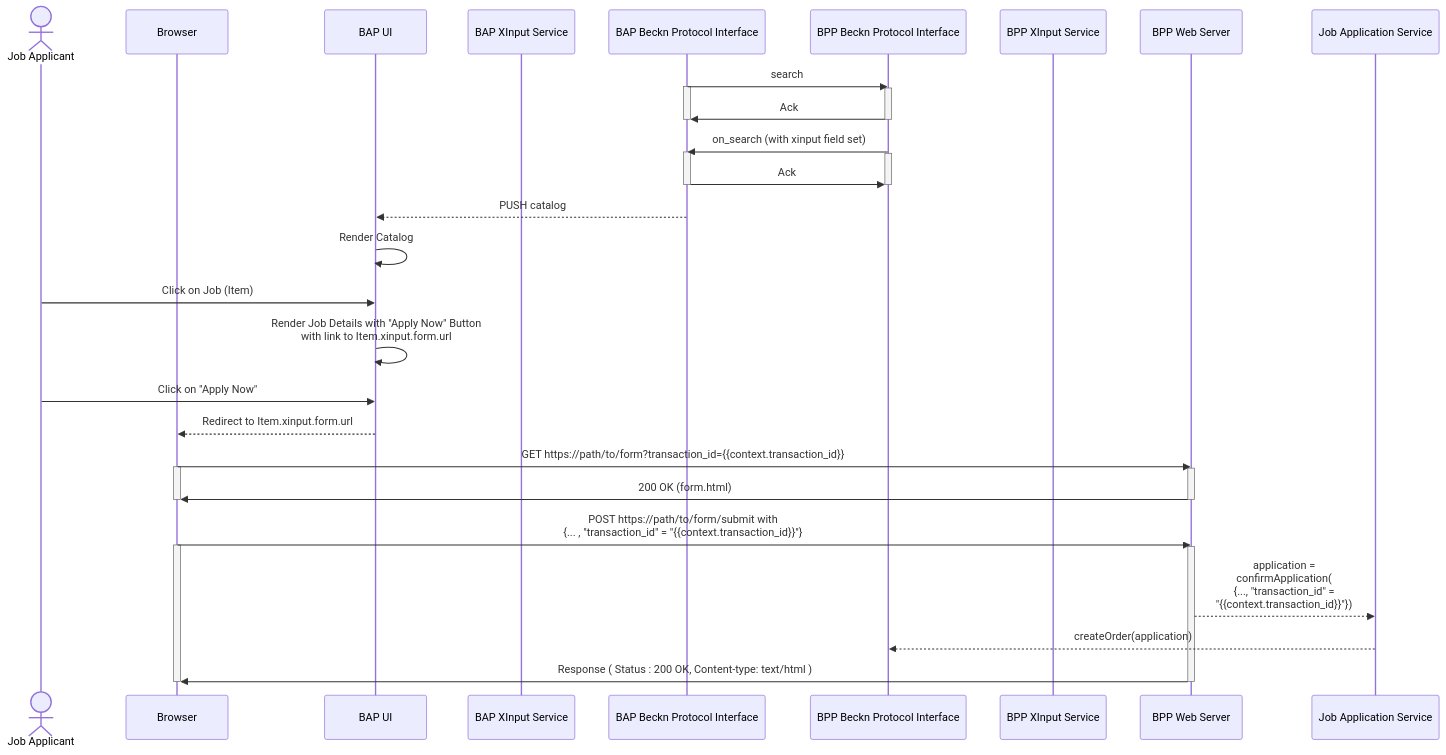
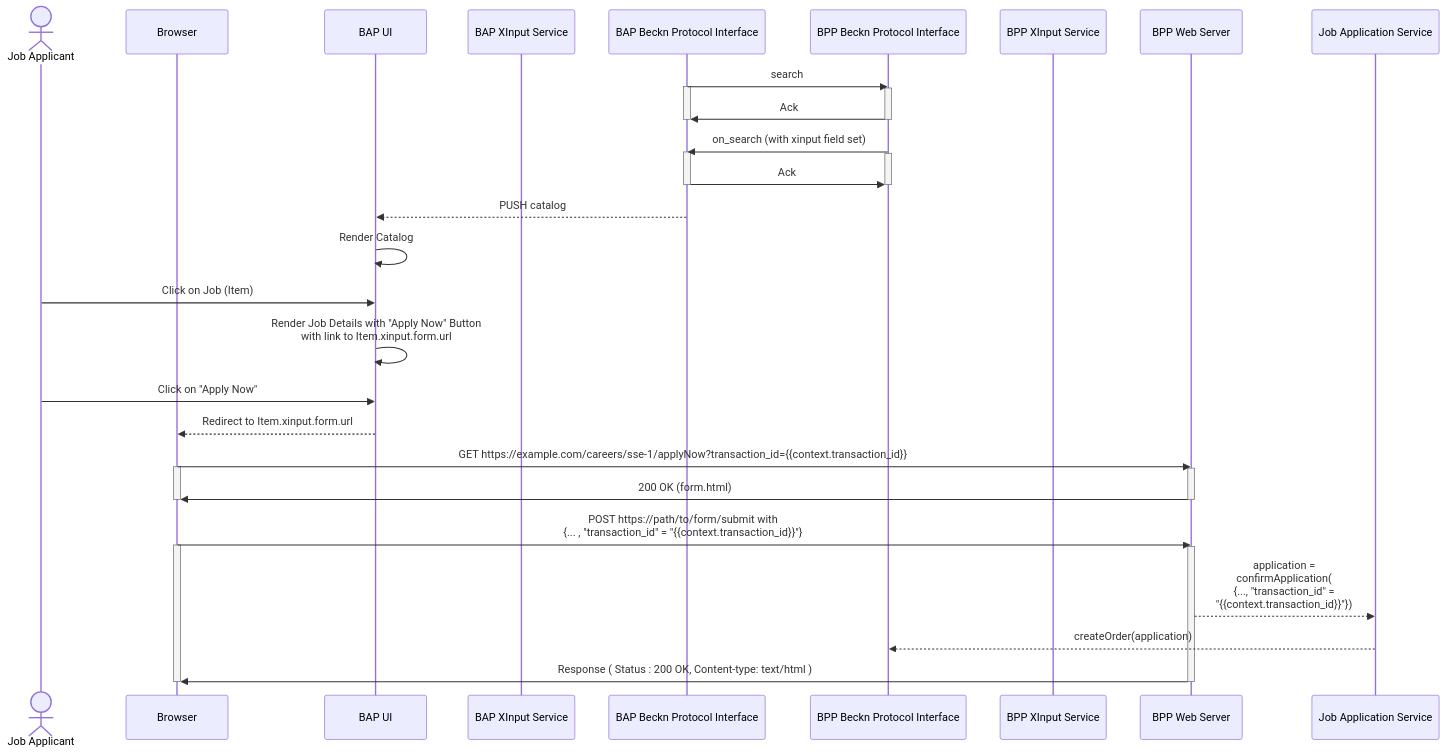
Before and after one commit to beckn/protocol-specifications: the second of 4 diagrams in docs/BECKN-007-The-XInput-Schema.md, drawn with Mermaid. The commit also changed other lines of this file, not shown here.

````diff
--- a/docs/BECKN-007-The-XInput-Schema.md
+++ b/docs/BECKN-007-The-XInput-Schema.md
@@ -326,43 +353,43 @@
 ```mermaid
     sequenceDiagram
     actor Job Applicant
     participant Browser
     participant BAP UI
     participant BAP XInput Service
     participant BAP Beckn Protocol Interface
     participant BPP Beckn Protocol Interface
     participant BPP XInput Service
     participant BPP Web Server
     BAP Beckn Protocol Interface->>BPP Beckn Protocol Interface: search
     activate BAP Beckn Protocol Interface
     activate BPP Beckn Protocol Interface
     BPP Beckn Protocol Interface->>BAP Beckn Protocol Interface: Ack
     deactivate BPP Beckn Protocol Interface
     deactivate BAP Beckn Protocol Interface
     BPP Beckn Protocol Interface->>BAP Beckn Protocol Interface: on_search (with xinput field set)
     activate BAP Beckn Protocol Interface
     activate BPP Beckn Protocol Interface
     BAP Beckn Protocol Interface->>BPP Beckn Protocol Interface: Ack
     deactivate BPP Beckn Protocol Interface
     deactivate BAP Beckn Protocol Interface
     BAP Beckn Protocol Interface -->> BAP UI: PUSH catalog
     BAP UI ->> BAP UI: Render Catalog
     Job Applicant ->> BAP UI: Click on Job (Item)
     BAP UI ->> BAP UI: Render Job Details with "Apply Now" Button <br/> with link to Item.xinput.form.url
     Job Applicant ->> BAP UI: Click on "Apply Now"
     BAP UI -->> Browser: Redirect to Item.xinput.form.url
-    Browser ->> BPP Web Server: GET https://path/to/form?transaction_id={{context.transaction_id}}
+    Browser ->> BPP Web Server: GET https://example.com/careers/sse-1/applyNow?transaction_id={{context.transaction_id}}
     activate Browser
     activate BPP Web Server
     BPP Web Server ->> Browser: 200 OK (form.html)
     deactivate Browser
     deactivate BPP Web Server
     Browser ->> BPP Web Server: POST https://path/to/form/submit with <br/> {... , "transaction_id" = "{{context.transaction_id}}"}
     activate Browser
     activate BPP Web Server
     BPP Web Server -->> Job Application Service: application = <br/> confirmApplication(<br/>{..., "transaction_id" = <br/>"{{context.transaction_id}}"})
     Job Application Service -->> BPP Beckn Protocol Interface: createOrder(application)
     BPP Web Server ->> Browser: Response ( Status : 200 OK, Content-type: text/html )
     deactivate Browser
     deactivate BPP Web Server    
 ```
````
